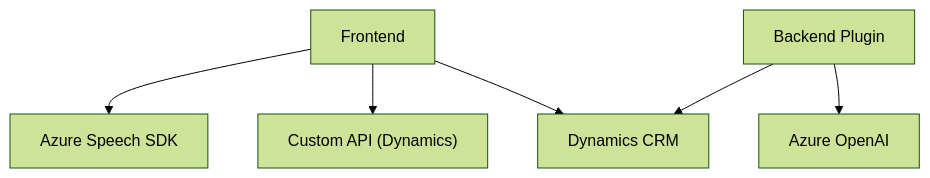
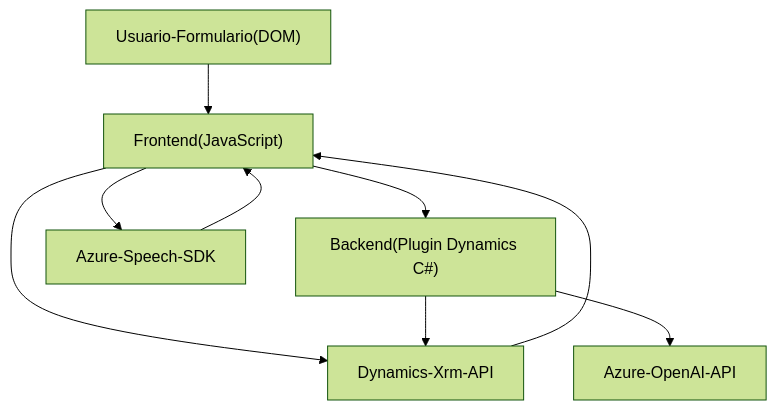
The diagram in README.md (blopezdm/NETCORE_BILBAO2025), drawn with Mermaid (forest theme) before and after one commit. The commit also changed other lines of this file, not shown here.

````diff
--- a/README.md
+++ b/README.md
@@ -36,15 +70,18 @@
 ```mermaid
 graph TD
-    A["Frontend"]
-    B["Backend Plugin"]
-    C["Dynamics CRM"]
-    D["Azure OpenAI"]
-    E["Azure Speech SDK"]
-    F["Custom API (Dynamics)"]
-    
-    A --> E
-    A --> F
-    A --> C
-    B --> C
-    B --> D
+  A["Frontend(JavaScript)"]
+  B["Backend(Plugin Dynamics C#)"]
+  C["Azure-Speech-SDK"]
+  D["Dynamics-Xrm-API"]
+  E["Azure-OpenAI-API"]
+  F["Usuario-Formulario(DOM)"]
+
+  F --> A
+  A --> B
+  A --> C
+  A --> D
+  B --> D
+  B --> E
+  C --> A
+  D --> A
 ```
````
